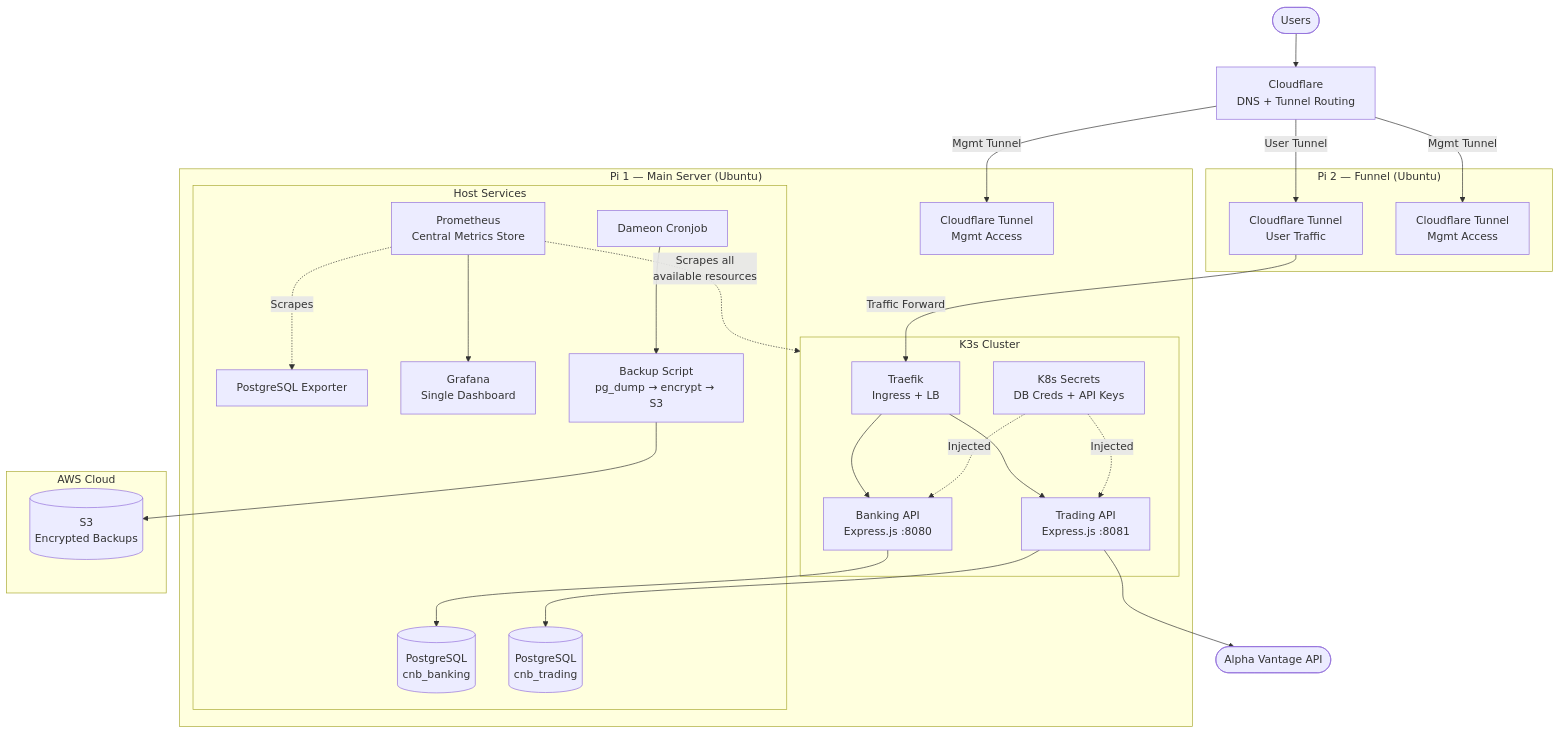
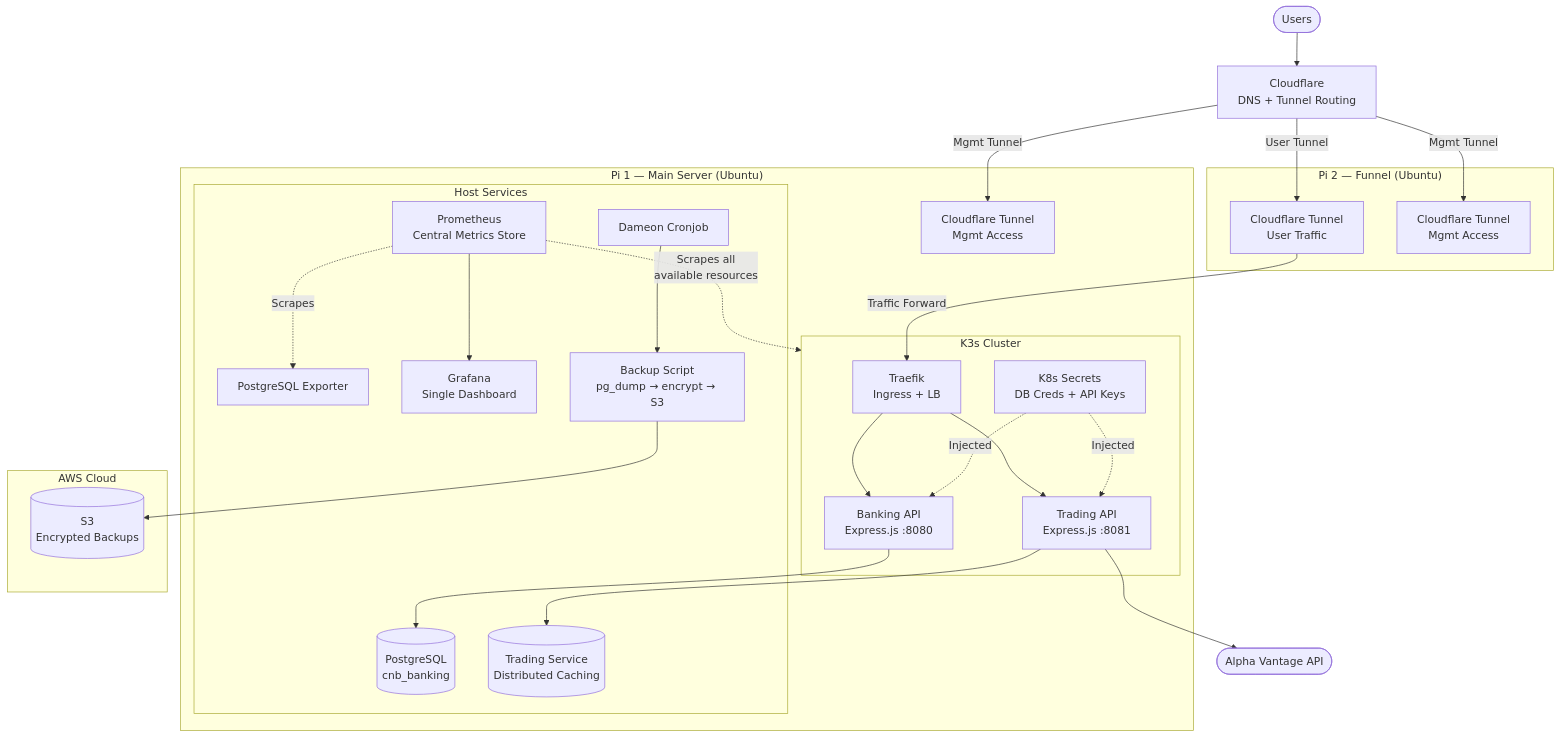
The first of 2 diagrams in README.md (Seamus-Hennigan/CNB-Bank), drawn with Mermaid before and after one commit.

Commit message:
Update PostgreSQL service description in README

````diff
--- a/README.md
+++ b/README.md
@@ -7,47 +7,47 @@
 ```mermaid
 ---
 config:
   layout: dagre
 ---
 flowchart TB
  subgraph Pi2["Pi 2 — Funnel (Ubuntu)"]
         CFT2["Cloudflare Tunnel<br>User Traffic"]
         CFMT2["Cloudflare Tunnel<br>Mgmt Access"]
   end
  subgraph K3s["K3s Cluster"]
         Traefik["Traefik<br>Ingress + LB"]
         Banking["Banking API<br>Express.js :8080"]
         Trading["Trading API<br>Express.js :8081"]
         Secrets["K8s Secrets<br>DB Creds + API Keys"]
   end
  subgraph Host["Host Services"]
         PGB[("PostgreSQL<br>cnb_banking")]
-        PGT[("PostgreSQL<br>cnb_trading")]
+        PGT[("Trading Service<br>Distributed Caching")]
         PGExp["PostgreSQL Exporter"]
         Prom["Prometheus<br>Central Metrics Store"]
         Graf["Grafana<br>Single Dashboard"]
         Backup["Backup Script<br>pg_dump → encrypt → S3"]
         Cron["Dameon Cronjob"]
   end
  subgraph Pi1["Pi 1 — Main Server (Ubuntu)"]
         K3s
         Host
         CFMT["Cloudflare Tunnel<br>Mgmt Access"]
   end
  subgraph AWS["AWS Cloud"]
         S3[("S3<br>Encrypted Backups")]
   end
     Users(["Users"]) --> CF["Cloudflare<br>DNS + Tunnel Routing"]
     CF -- User Tunnel --> CFT2
     CF -- Mgmt Tunnel --> CFMT & CFMT2
     CFT2 -- Traffic Forward --> Traefik
     Traefik --> Banking & Trading
     Secrets -. Injected .-> Banking & Trading
     Banking --> PGB
     Trading --> PGT & AV(["Alpha Vantage API"])
     Cron --> Backup
     Prom -. Scrapes all<br> available resources .-> K3s
     Prom -. Scrapes .-> PGExp
     Prom --> Graf
     Backup --> S3
 ```
````
